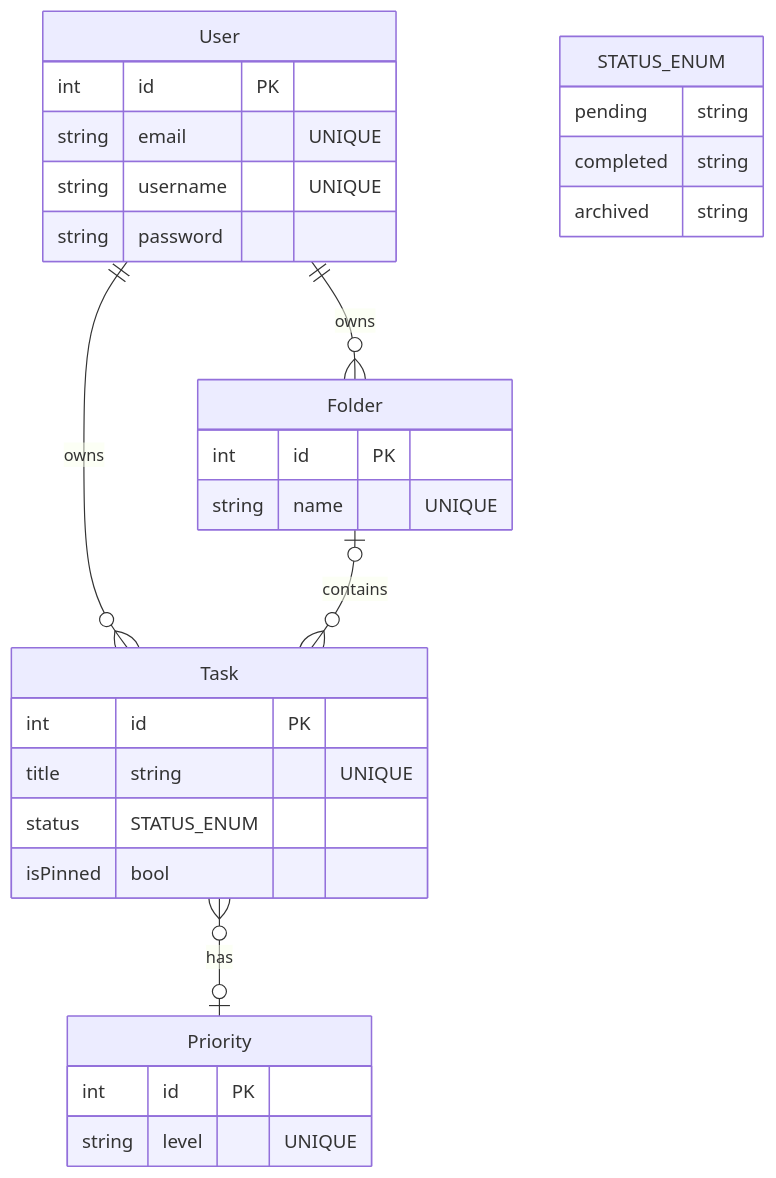
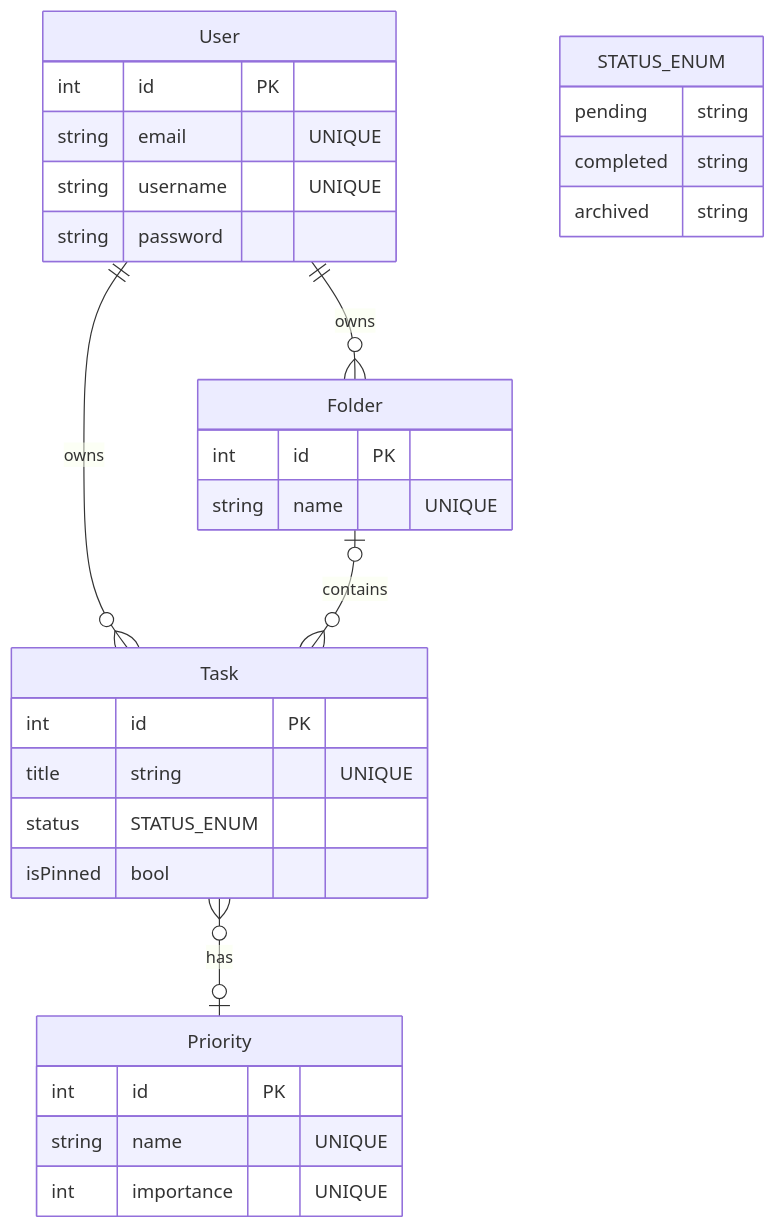
One commit to CHAOUCHI/cdpi-dwwm changed the diagram in Phase 3 - Symfony Docker et Test/Symfony/Projets/1. Tasklist Reloaded/Cahier des Charges.md. Above: the diagram before and after it, drawn with Mermaid.

Commit message:
Update Cahier des Charges.md

````diff
--- a/Phase 3 - Symfony Docker et Test/Symfony/Projets/1. Tasklist Reloaded/Cahier des Charges.md
+++ b/Phase 3 - Symfony Docker et Test/Symfony/Projets/1. Tasklist Reloaded/Cahier des Charges.md
@@ -74,34 +74,35 @@
 ```mermaid
 erDiagram
     User{
         int id PK
         string email "UNIQUE"
         string username "UNIQUE"
         string password
     }
     Task{
         int id PK
         title string "UNIQUE"
         status STATUS_ENUM
         isPinned bool
     }
     Priority{
         int id PK
-        string level "UNIQUE"
+        string name "UNIQUE"
+        int importance "UNIQUE"
     }
     Folder{
         int id PK
         string name "UNIQUE"
     }
     
     STATUS_ENUM{
         pending string
         completed string
         archived string
     }
     
     Task }o--o| Priority : has
     User ||--o{ Task : owns
     User ||--o{ Folder : owns
     Folder |o--o{ Task : contains
 ```
````
